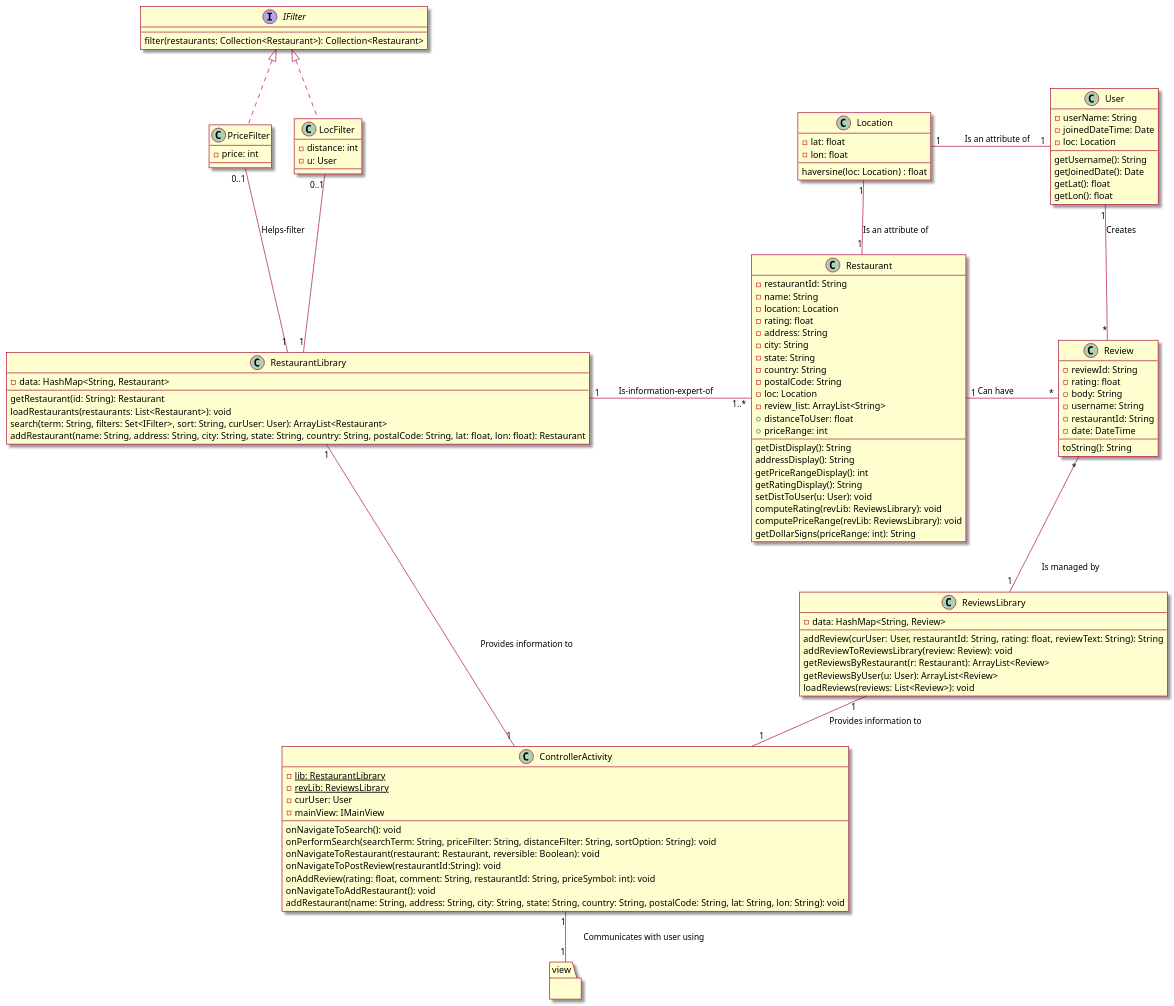
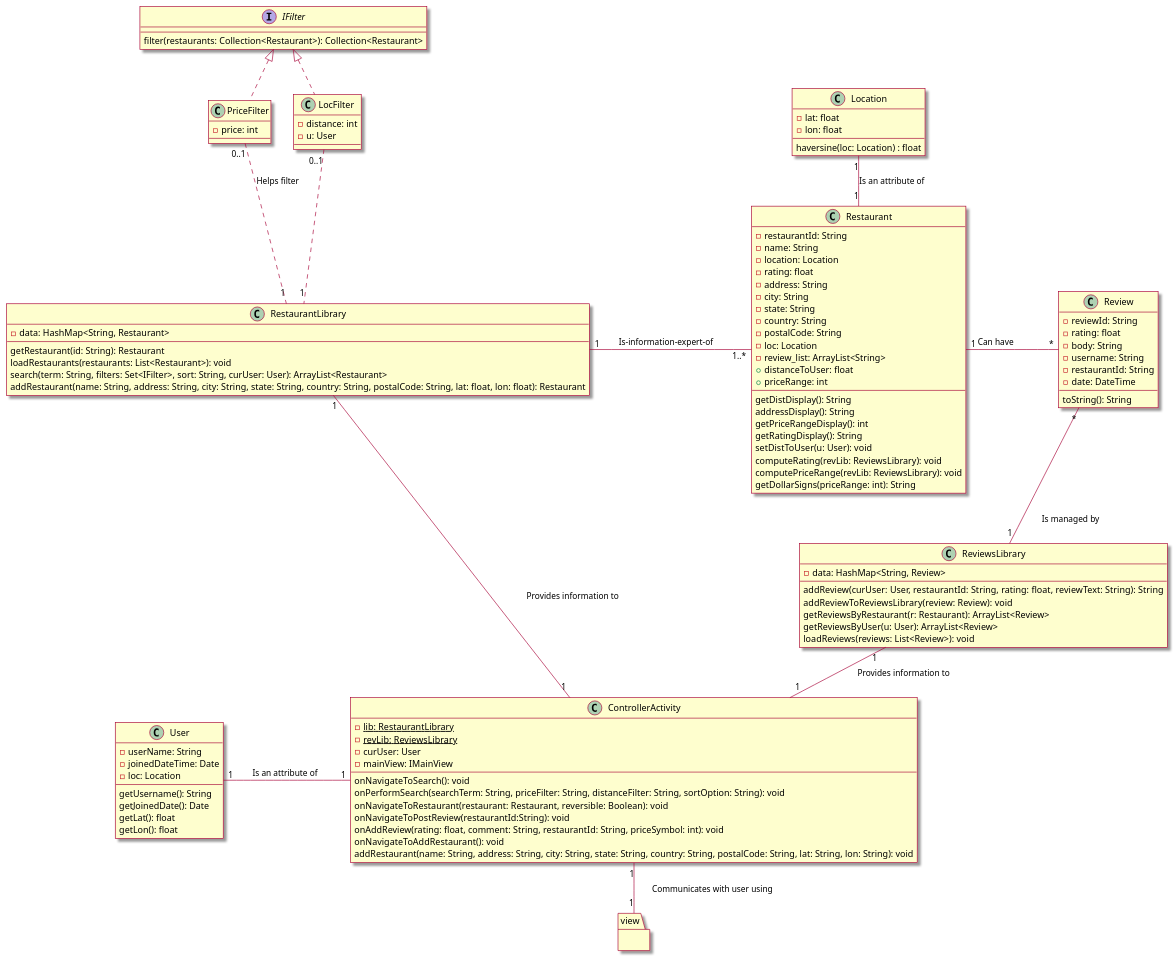
The fourth of 6 diagrams in intellij/doc/design.md (tanwasp/LunchBox-Android), drawn with PlantUML before and after one commit. The commit also changed other lines of this file and 1 other file, not shown here.

Commit message:
Finish design class diagram

```diff
--- a/intellij/doc/design.md
+++ b/intellij/doc/design.md
@@ -214,16 +214,15 @@
 ' associations
 IFilter <|.. PriceFilter
 IFilter <|.. LocFilter
-PriceFilter "0..1" -- "1" RestaurantLibrary: Helps-filter
-LocFilter "0..1" -- "1" RestaurantLibrary
+PriceFilter "0..1" .. "1" RestaurantLibrary: Helps filter
+LocFilter "0..1" .. "1" RestaurantLibrary
 RestaurantLibrary "1" - "1..*" Restaurant : \tIs-information-expert-of\t\t
 Review "*" -down- "1" ReviewsLibrary: \tIs managed by\t\t
 Restaurant "1" -right- "*" Review: Can have\t\t
-User "1" -down- "*" Review : Creates\t\t
-Location "1" - "1" Restaurant : Is an attribute of\t
-Location "1" - "1" User: \tIs an attribute of\t
+Location "1" -down- "1" Restaurant : Is an attribute of\t
 RestaurantLibrary "1" -down- "1" ControllerActivity: Provides information to\t
 ReviewsLibrary "1" -down- "1" ControllerActivity: \tProvides information to\t
+User "1" -right- "1" ControllerActivity : \tIs an attribute of\t\t
 ControllerActivity "1" -down- "1" view: \tCommunicates with user using
 
 @enduml
```
